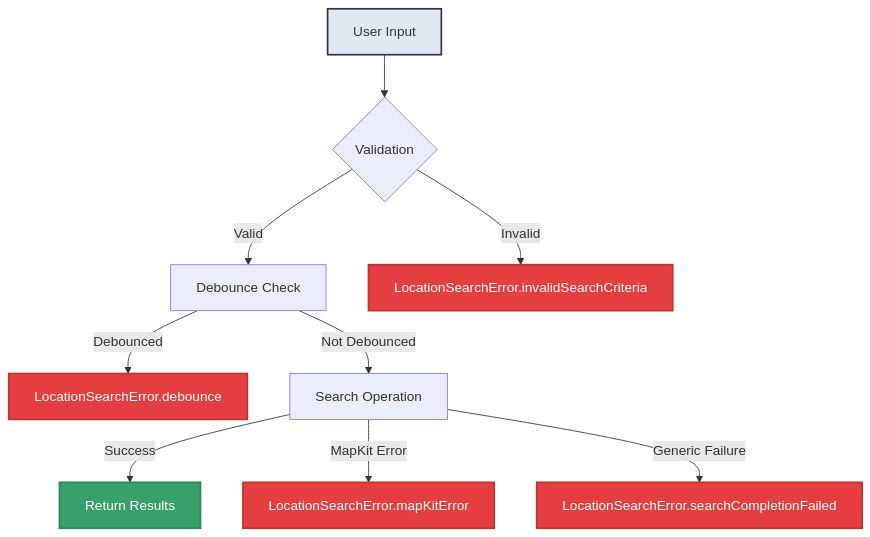
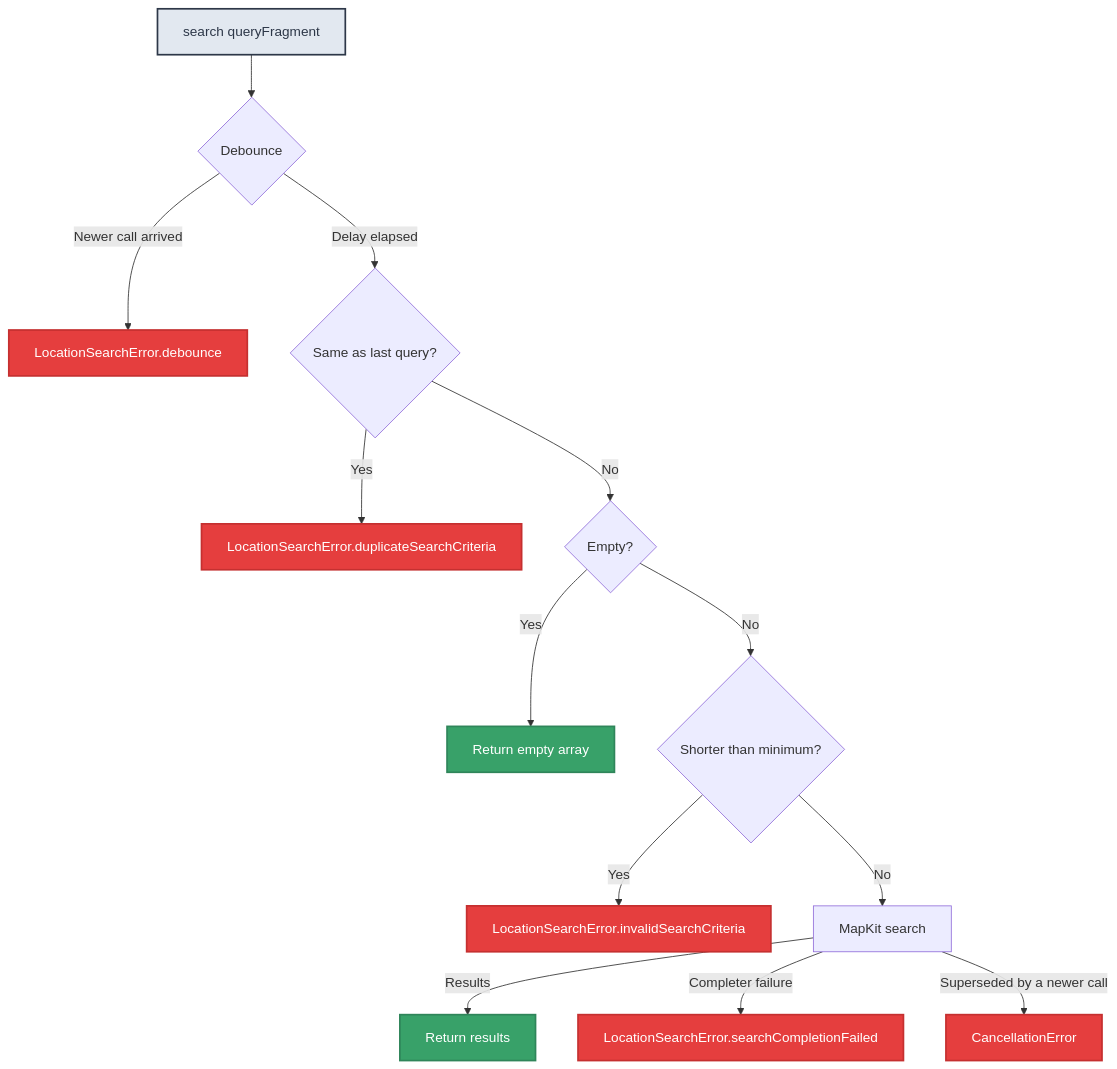
Before and after one commit to kraigspear/MapKitSwiftSearch: the second of 3 diagrams in docs/Architecture.md, drawn with Mermaid. The commit also changed other lines of this file and 13 other files, not shown here.

````diff
--- a/docs/Architecture.md
+++ b/docs/Architecture.md
@@ -218,18 +253,24 @@
 ```mermaid
 graph TD
-    A[User Input] --> B{Validation}
-    B -->|Valid| C[Debounce Check]
-    B -->|Invalid| D[LocationSearchError.invalidSearchCriteria]
-    C -->|Debounced| E[LocationSearchError.debounce]
-    C -->|Not Debounced| F[Search Operation]
-    F -->|Success| G[Return Results]
-    F -->|MapKit Error| H[LocationSearchError.mapKitError]
-    F -->|Generic Failure| I[LocationSearchError.searchCompletionFailed]
+    A[search queryFragment] --> B{Debounce}
+    B -->|Newer call arrived| E[LocationSearchError.debounce]
+    B -->|Delay elapsed| C{Same as last query?}
+    C -->|Yes| H[LocationSearchError.duplicateSearchCriteria]
+    C -->|No| J{Empty?}
+    J -->|Yes| K[Return empty array]
+    J -->|No| L{Shorter than minimum?}
+    L -->|Yes| D[LocationSearchError.invalidSearchCriteria]
+    L -->|No| F[MapKit search]
+    F -->|Results| G[Return results]
+    F -->|Completer failure| I[LocationSearchError.searchCompletionFailed]
+    F -->|Superseded by a newer call| M[CancellationError]
 
     style A fill:#e2e8f0,stroke:#2d3748,stroke-width:2px,color:#2d3748
     style G fill:#38a169,stroke:#2f855a,stroke-width:2px,color:#ffffff
+    style K fill:#38a169,stroke:#2f855a,stroke-width:2px,color:#ffffff
     style D fill:#e53e3e,stroke:#c53030,stroke-width:2px,color:#ffffff
     style E fill:#e53e3e,stroke:#c53030,stroke-width:2px,color:#ffffff
     style H fill:#e53e3e,stroke:#c53030,stroke-width:2px,color:#ffffff
     style I fill:#e53e3e,stroke:#c53030,stroke-width:2px,color:#ffffff
+    style M fill:#e53e3e,stroke:#c53030,stroke-width:2px,color:#ffffff
 ```
````
